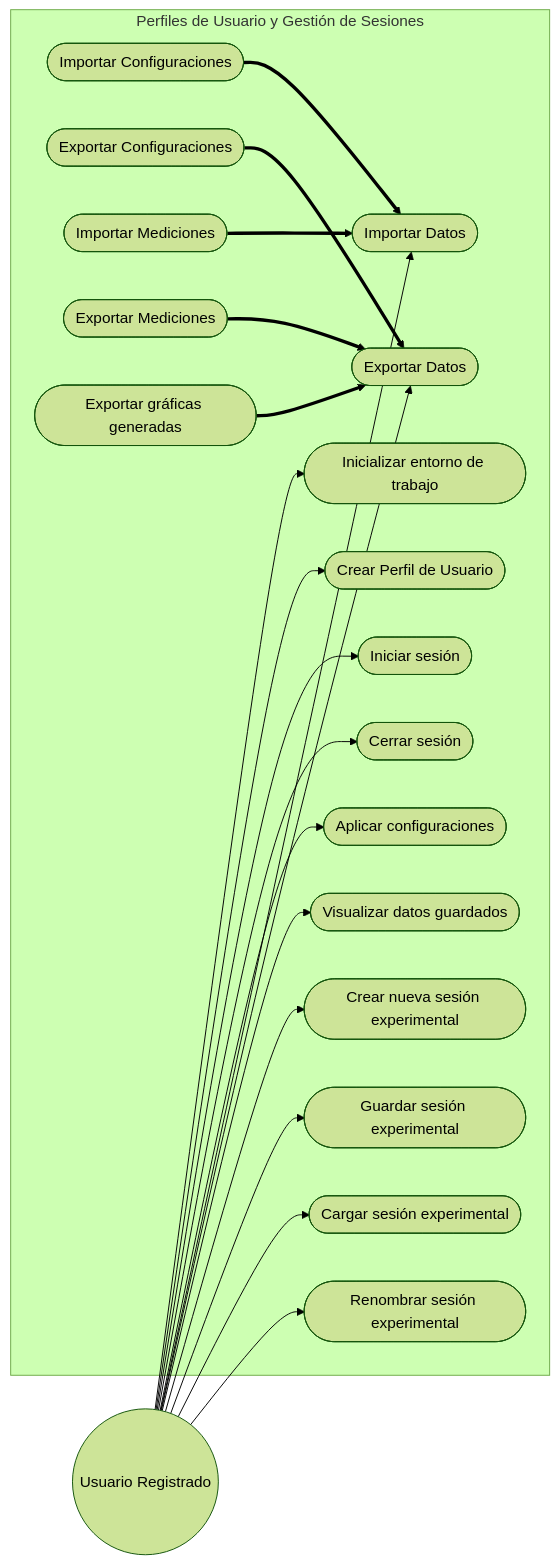
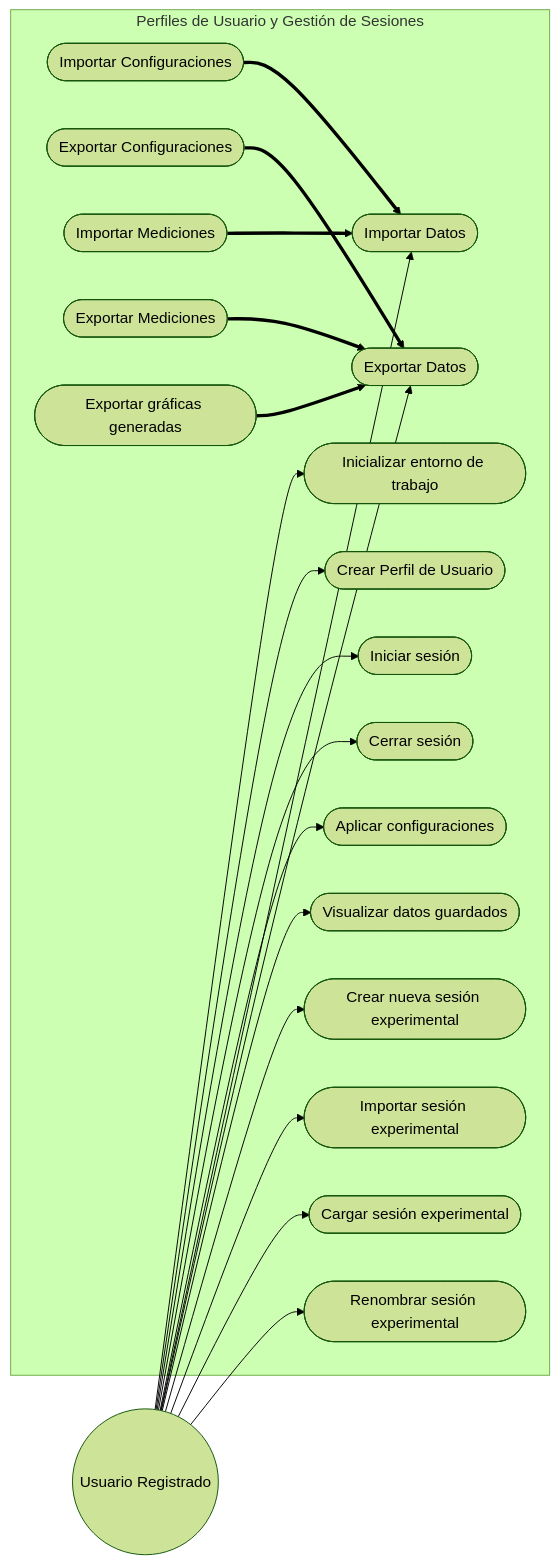
Before and after one commit to alegrelias/Repo-GMini: the fourth of 7 diagrams in Gmini-MarkDown/Diagramas/Diagramas de CU.md, drawn with Mermaid (forest theme). The commit also changed other lines of this file and 2 other files, not shown here.

Commit message:
Cambio de nombres y eliminacion de cus acordados

````diff
--- a/Gmini-MarkDown/Diagramas/Diagramas de CU.md
+++ b/Gmini-MarkDown/Diagramas/Diagramas de CU.md
@@ -111,46 +109,46 @@
 ```mermaid
 flowchart LR
 %% Actores
 Usuario((Usuario Registrado))
 
 subgraph Perfiles de Usuario y Gestión de Sesiones
 	CU20([Inicializar entorno de trabajo])
 	CU21([Crear Perfil de Usuario])
 	CU22([Iniciar sesión])
 	CU24([Cerrar sesión])
 	CU26([Aplicar configuraciones])
 	CU27([Importar Datos])
 	CU28([Exportar Datos])
 	CU29([Importar Configuraciones])
 	CU30([Exportar Configuraciones])
 	CU31([Importar Mediciones])
 	CU32([Exportar Mediciones])
 	CU33([Visualizar datos guardados])
 	CU34([Exportar gráficas generadas])
 	CU_B7([Crear nueva sesión experimental])
-	CU_B8([Guardar sesión experimental])
+	CU_B8([Importar sesión experimental])
 	CU_B9([Cargar sesión experimental])
 	CU_B10([Renombrar sesión experimental])
 end
 
 %% Asociaciones
 Usuario --> CU20
 Usuario --> CU21
 Usuario --> CU22
 Usuario --> CU24
 Usuario --> CU26
 Usuario --> CU27
 Usuario --> CU28
 Usuario --> CU33
 Usuario --> CU_B7
 Usuario --> CU_B8
 Usuario --> CU_B9
 Usuario --> CU_B10
 
 %% generalización
 CU29 ==> CU27
 CU31 ==> CU27
 CU30 ==> CU28
 CU32 ==> CU28
 CU34 ==> CU28
 ```
````
